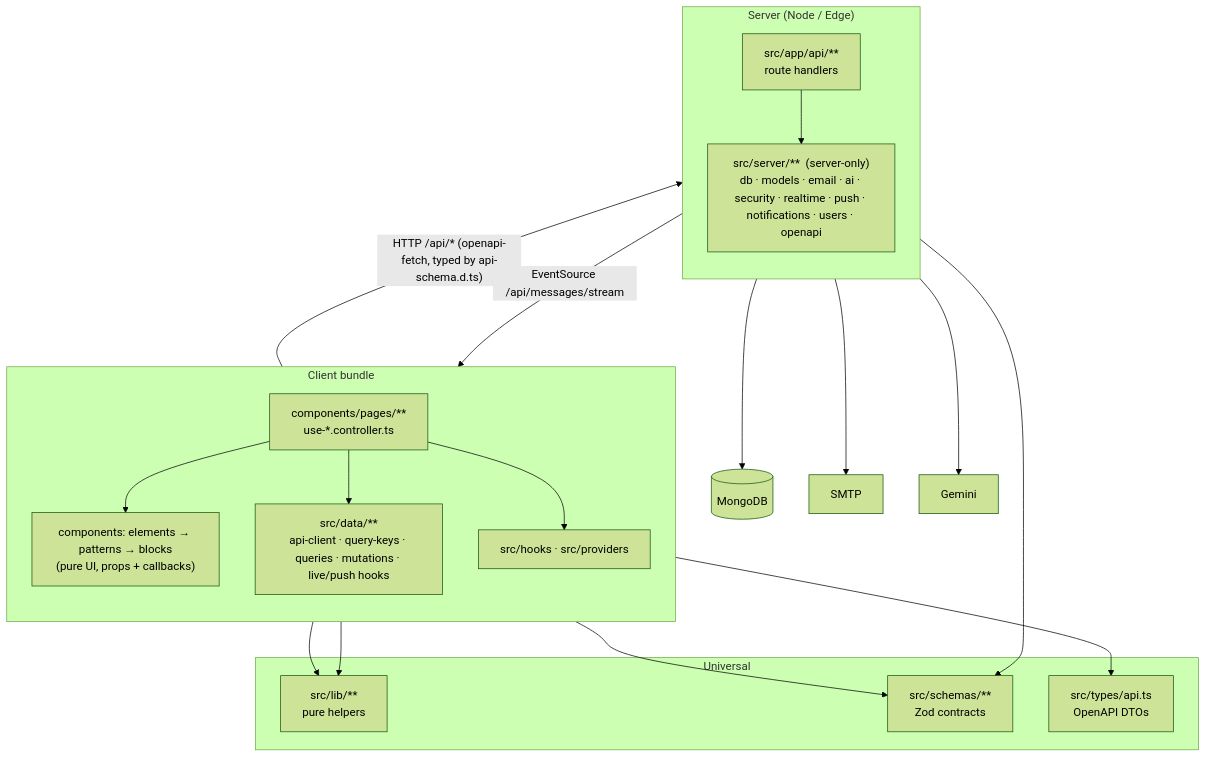
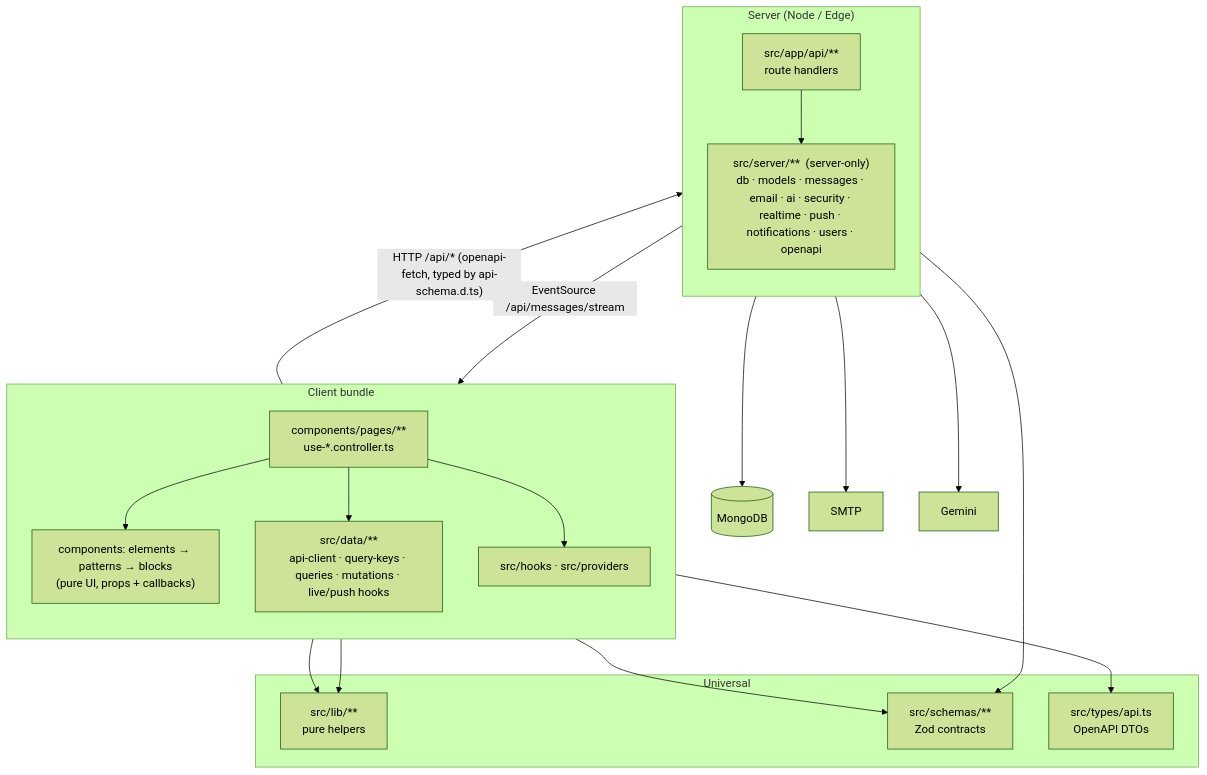
One commit to Abbas4tech/GhostMsg changed the first of 3 diagrams in docs/03-system-architecture.md. Above: the diagram before and after it, drawn with Mermaid (forest theme). The commit also changed other lines of this file and 34 other files, not shown here.

Commit message:
feat: add OpenAPI specification, generated API schemas, and comprehensive documentation adrs

````diff
--- a/docs/03-system-architecture.md
+++ b/docs/03-system-architecture.md
@@ -37,34 +37,34 @@
 ```mermaid
 flowchart TB
     subgraph Browser["Client bundle"]
         direction TB
         UI["components: elements → patterns → blocks<br/>(pure UI, props + callbacks)"]
         PG["components/pages/**<br/>use-*.controller.ts"]
         DL["src/data/**<br/>api-client · query-keys · queries · mutations · live/push hooks"]
         HK["src/hooks · src/providers"]
         PG --> UI
         PG --> DL
         PG --> HK
     end
     subgraph Shared["Universal"]
         LIB["src/lib/**<br/>pure helpers"]
         SCH["src/schemas/**<br/>Zod contracts"]
         DTO["src/types/api.ts<br/>OpenAPI DTOs"]
     end
     subgraph Node["Server (Node / Edge)"]
         direction TB
         RT["src/app/api/**<br/>route handlers"]
-        SV["src/server/**  (server-only)<br/>db · models · email · ai · security · realtime · push · notifications · users · openapi"]
+        SV["src/server/**  (server-only)<br/>db · models · messages · email · ai · security · realtime · push · notifications · users · openapi"]
         RT --> SV
     end
     DL -- "HTTP /api/* (openapi-fetch, typed by api-schema.d.ts)" --> RT
     SV -- "EventSource /api/messages/stream" --> DL
     PG --> LIB
     UI --> LIB
     DL --> DTO
     RT --> SCH
     PG --> SCH
     SV --> DB[("MongoDB")]
     SV --> SMTP["SMTP"]
     SV --> AI["Gemini"]
 ```
````
